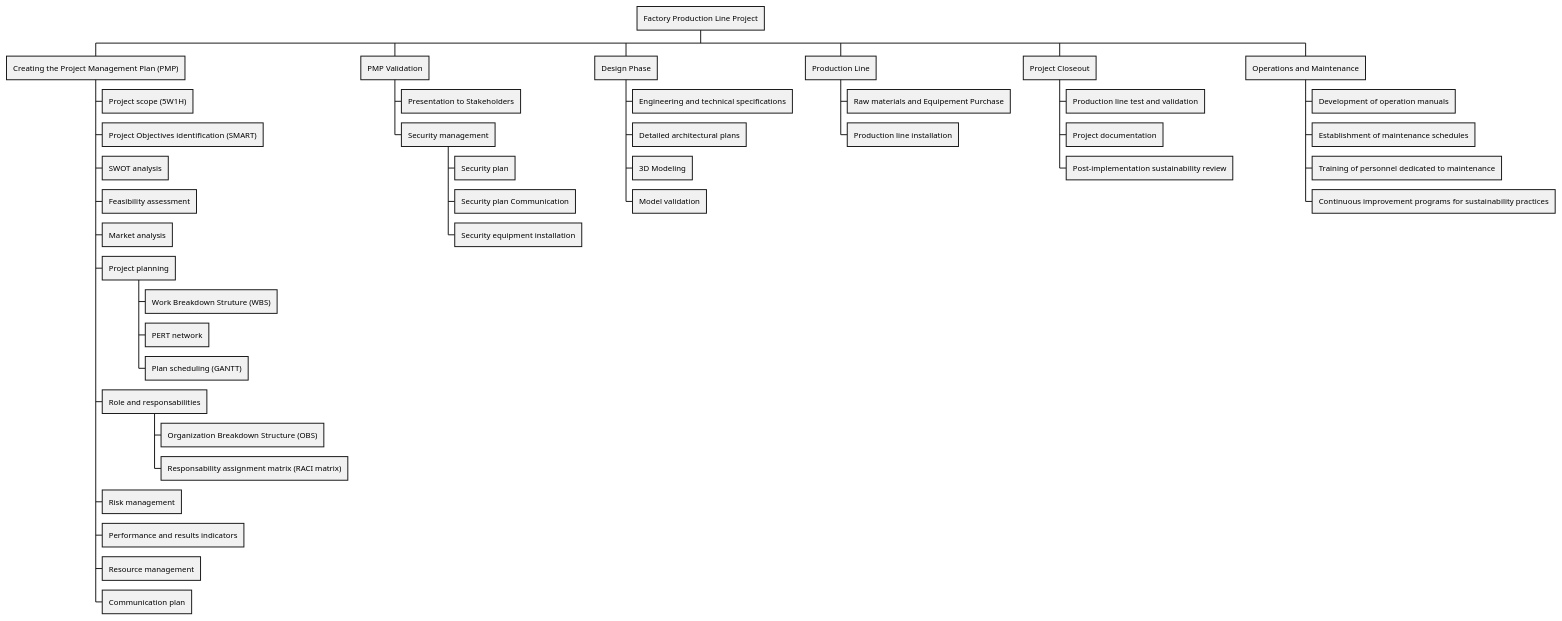
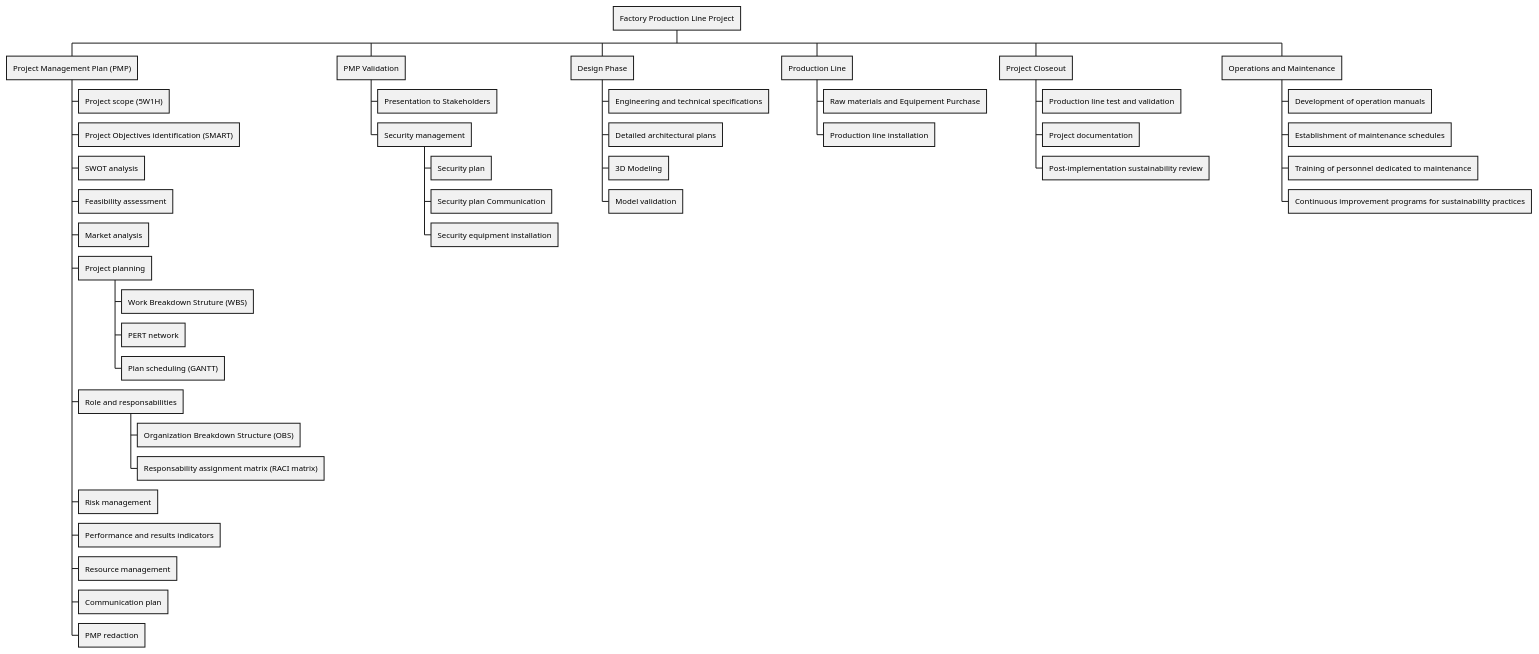
The diagram in wbs.puml (DIASBruno44/wbs-production-line-project), drawn with PlantUML before and after one commit.

Commit message:
Add PMP redaction

```diff
--- a/wbs.puml
+++ b/wbs.puml
@@ -1,48 +1,49 @@
 @startwbs wbs
 * Factory Production Line Project
-** Creating the Project Management Plan (PMP)
+** Project Management Plan (PMP)
 *** Project scope (5W1H)
 *** Project Objectives identification (SMART)
 *** SWOT analysis
 *** Feasibility assessment
 *** Market analysis
 *** Project planning
 **** Work Breakdown Struture (WBS)
 **** PERT network
 **** Plan scheduling (GANTT)
 *** Role and responsabilities
 **** Organization Breakdown Structure (OBS)
 **** Responsability assignment matrix (RACI matrix)
 *** Risk management
 *** Performance and results indicators
 *** Resource management
 *** Communication plan
+*** PMP redaction
 
 ** PMP Validation
 *** Presentation to Stakeholders
 *** Security management
 **** Security plan
 **** Security plan Communication
 **** Security equipment installation
 
 ** Design Phase
 *** Engineering and technical specifications
 *** Detailed architectural plans
 *** 3D Modeling
 *** Model validation
 
 ** Production Line
 *** Raw materials and Equipement Purchase
 *** Production line installation
 
 ** Project Closeout
 *** Production line test and validation
 *** Project documentation
 *** Post-implementation sustainability review
 
 ** Operations and Maintenance
 *** Development of operation manuals
 *** Establishment of maintenance schedules
 *** Training of personnel dedicated to maintenance
 *** Continuous improvement programs for sustainability practices
 @endwbs
```
